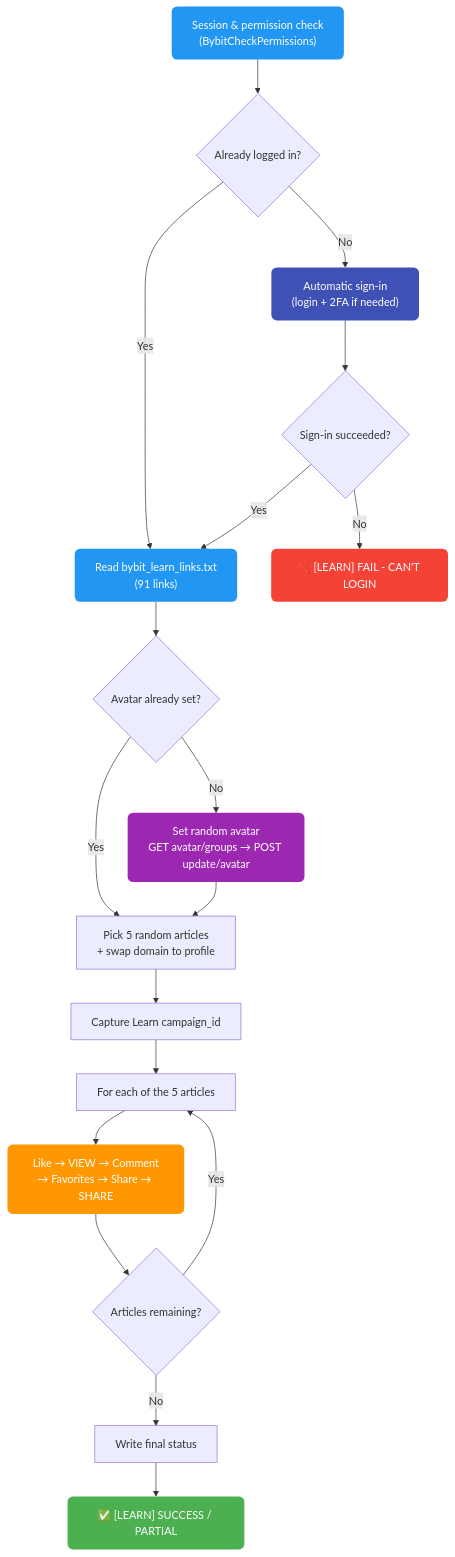
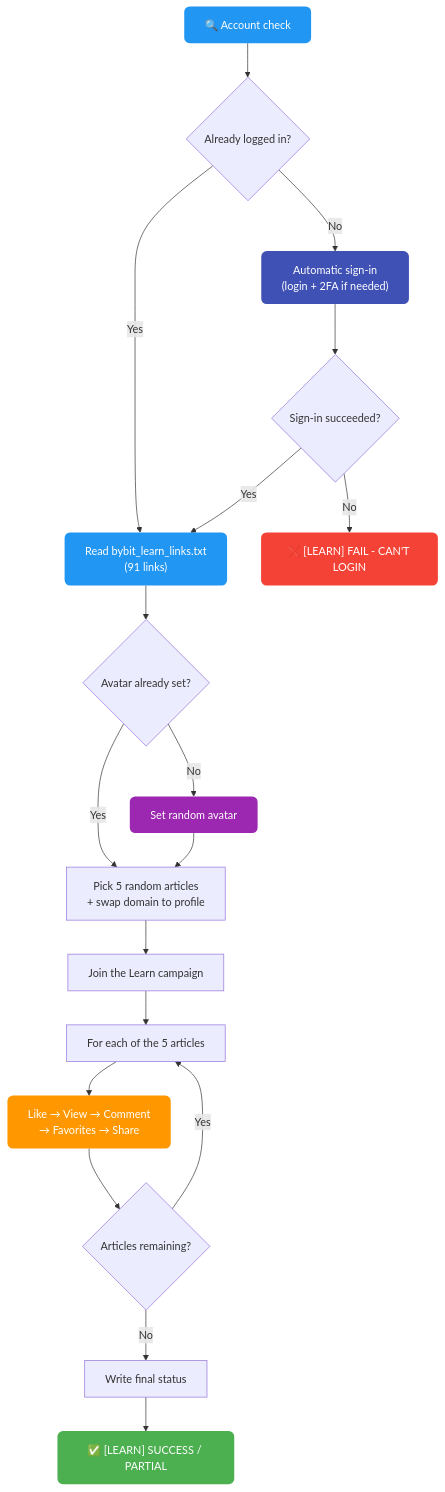
Before and after one commit to AutoPilotSoftware/docs: diagram 11 of 12 in src/content/docs/en/exchanges/bybit-autopilot.md, drawn with Mermaid. The commit also changed other lines of this file and 2 other files, not shown here.

Commit message:
docs(bybit): simplify learn flow diagram
Remove internal implementation details from the learn section in all
three locales: function name in the entry node, request paths in the
avatar step, campaign id capture, and the raw VIEW/SHARE signal names.
Wording is now pilot-facing only.

````diff
--- a/src/content/docs/en/exchanges/bybit-autopilot.md
+++ b/src/content/docs/en/exchanges/bybit-autopilot.md
@@ -598,28 +598,28 @@
 ```mermaid
 flowchart TD
-    A["Session & permission check<br/>(BybitCheckPermissions)"] --> B{"Already logged in?"}
+    A["🔍 Account check"] --> B{"Already logged in?"}
     B -- "Yes" --> C["Read bybit_learn_links.txt<br/>(91 links)"]
     B -- "No" --> L["Automatic sign-in<br/>(login + 2FA if needed)"]
     L --> M{"Sign-in succeeded?"}
     M -- "No" --> X["❌ [LEARN] FAIL - CAN'T LOGIN"]
     M -- "Yes" --> C
     C --> D{"Avatar already set?"}
     D -- "Yes" --> F["Pick 5 random articles<br/>+ swap domain to profile"]
-    D -- "No" --> E["Set random avatar<br/>GET avatar/groups → POST update/avatar"]
+    D -- "No" --> E["Set random avatar"]
     E --> F
-    F --> G["Capture Learn campaign_id"]
+    F --> G["Join the Learn campaign"]
     G --> H["For each of the 5 articles"]
-    H --> I["Like → VIEW → Comment<br/>→ Favorites → Share → SHARE"]
+    H --> I["Like → View → Comment<br/>→ Favorites → Share"]
     I --> J{"Articles remaining?"}
     J -- "Yes" --> H
     J -- "No" --> K["Write final status"]
     K --> S["✅ [LEARN] SUCCESS / PARTIAL"]
 
     style A fill:#2196F3,color:#fff,stroke:none,rx:8
     style C fill:#2196F3,color:#fff,stroke:none,rx:8
     style L fill:#3F51B5,color:#fff,stroke:none,rx:8
     style E fill:#9C27B0,color:#fff,stroke:none,rx:8
     style I fill:#FF9800,color:#fff,stroke:none,rx:8
     style S fill:#4CAF50,color:#fff,stroke:none,rx:8
     style X fill:#F44336,color:#fff,stroke:none,rx:8
 ```
````
